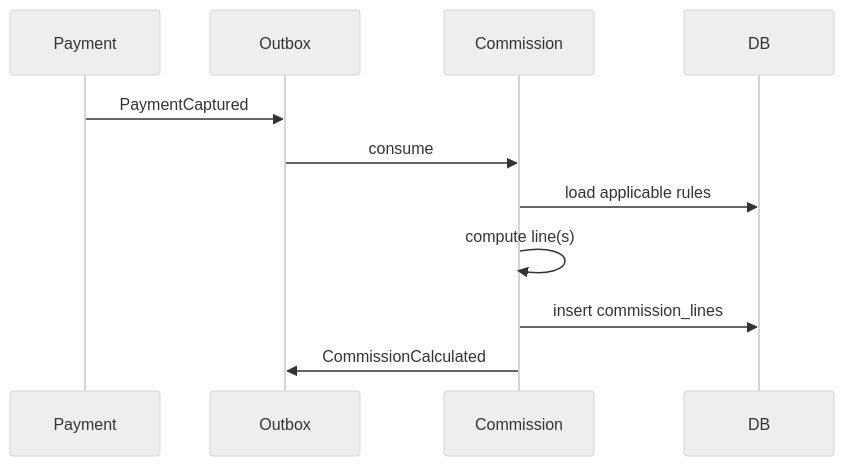
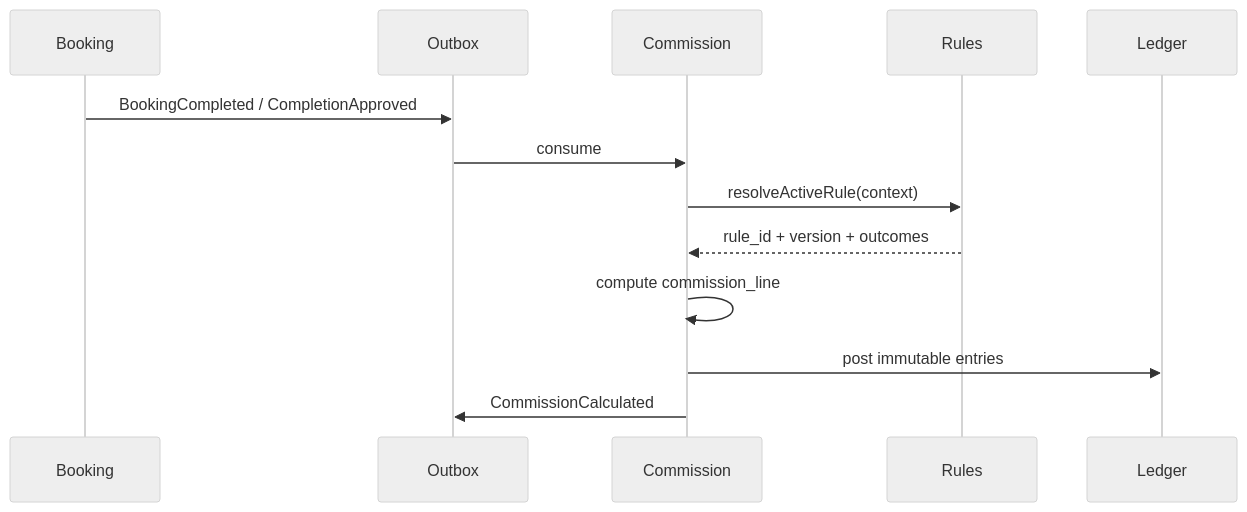
Before and after one commit to Ahlamgit/Hellow-world: the diagram in docs/v1/workflows/27-COMMISSION-WORKFLOW.md, drawn with Mermaid (neutral theme). The commit also changed other lines of this file and 17 other files, not shown here.

````diff
--- a/docs/v1/workflows/27-COMMISSION-WORKFLOW.md
+++ b/docs/v1/workflows/27-COMMISSION-WORKFLOW.md
@@ -27,13 +41,15 @@
 ```mermaid
 sequenceDiagram
-  participant Payment
+  participant Booking
   participant Outbox
   participant Commission
-  participant DB
-  Payment->>Outbox: PaymentCaptured
+  participant Rules
+  participant Ledger
+  Booking->>Outbox: BookingCompleted / CompletionApproved
   Outbox->>Commission: consume
-  Commission->>DB: load applicable rules
-  Commission->>Commission: compute line(s)
-  Commission->>DB: insert commission_lines
+  Commission->>Rules: resolveActiveRule(context)
+  Rules-->>Commission: rule_id + version + outcomes
+  Commission->>Commission: compute commission_line
+  Commission->>Ledger: post immutable entries
   Commission->>Outbox: CommissionCalculated
 ```
````
